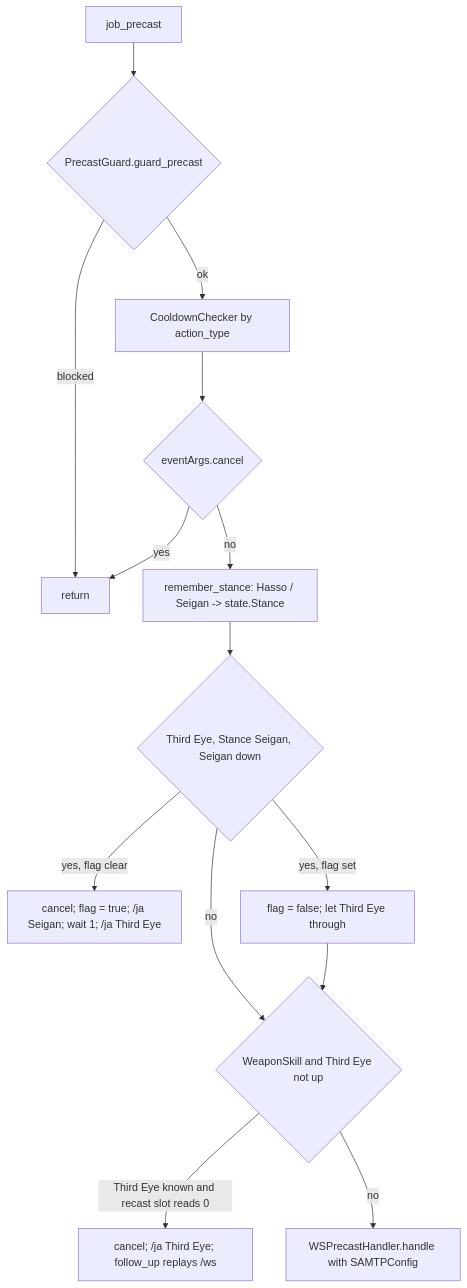
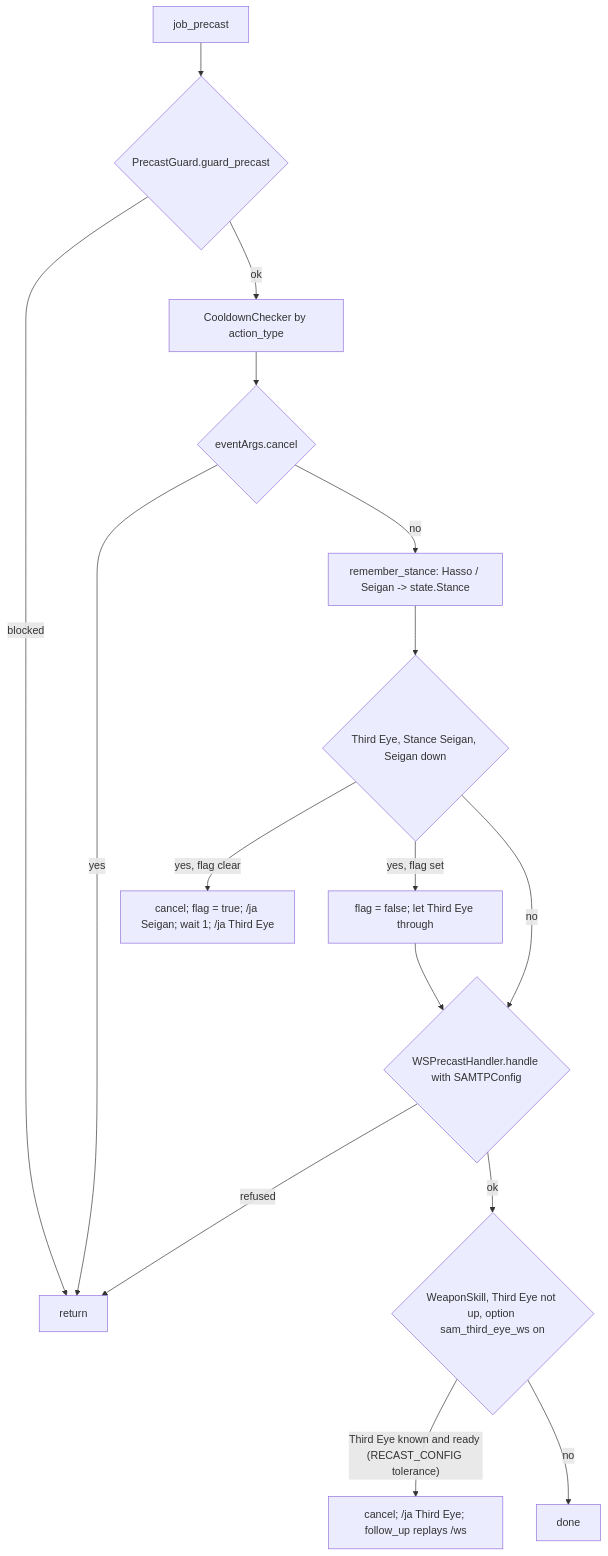
Before and after one commit to ejouanchicot/Gearswap: the second of 2 diagrams in docs/dev/jobs/sam.md, drawn with Mermaid. The commit also changed other lines of this file and 83 other files, not shown here.

````diff
--- a/docs/dev/jobs/sam.md
+++ b/docs/dev/jobs/sam.md
@@ -121,16 +122,18 @@
 ```mermaid
 flowchart TD
     A[job_precast] --> B{PrecastGuard.guard_precast}
     B -- blocked --> Z[return]
     B -- ok --> C[CooldownChecker by action_type]
     C --> D{eventArgs.cancel}
     D -- yes --> Z
     D -- no --> R[remember_stance: Hasso / Seigan -> state.Stance]
     R --> E{Third Eye, Stance Seigan, Seigan down}
     E -- "yes, flag clear" --> S[cancel; flag = true; /ja Seigan; wait 1; /ja Third Eye]
     E -- "yes, flag set" --> E2[flag = false; let Third Eye through]
-    E -- no --> F{WeaponSkill and Third Eye not up}
-    E2 --> F
-    F -- "Third Eye known and recast slot reads 0" --> T[cancel; /ja Third Eye; follow_up replays /ws]
-    F -- no --> W[WSPrecastHandler.handle with SAMTPConfig]
+    E -- no --> W{WSPrecastHandler.handle with SAMTPConfig}
+    E2 --> W
+    W -- refused --> Z
+    W -- ok --> F{WeaponSkill, Third Eye not up, option sam_third_eye_ws on}
+    F -- "Third Eye known and ready (RECAST_CONFIG tolerance)" --> T[cancel; /ja Third Eye; follow_up replays /ws]
+    F -- no --> X[done]
 ```
````
